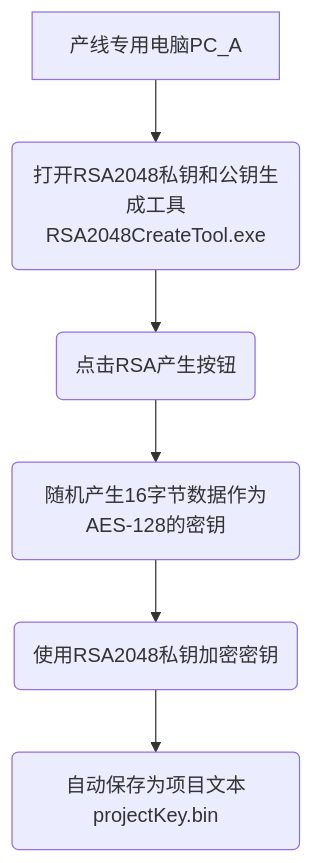
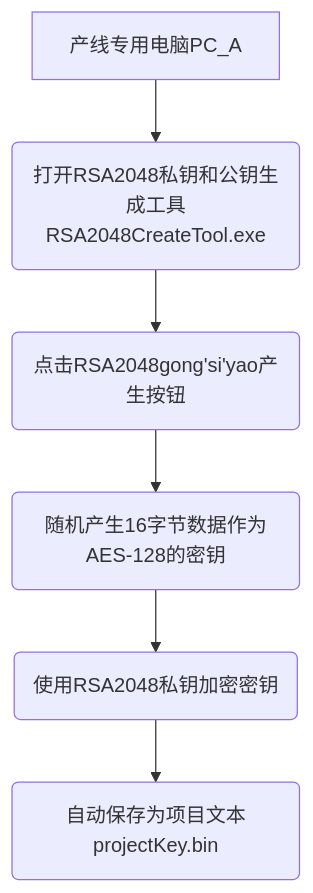
One commit to facebook-cloud/iodraw-files changed the diagram in all/未命名-10.md. Above: the diagram before and after it, drawn with Mermaid.

Commit message:
2026-01-06 20:25:34 update

````diff
--- a/all/未命名-10.md
+++ b/all/未命名-10.md
@@ -1,8 +1,8 @@
 ```mermaid
 graph TD
     A[产线专用电脑PC_A] --> B(打开RSA2048私钥和公钥生成工具RSA2048CreateTool.exe)
-    B --> C(点击RSA产生按钮)
+    B --> C(点击RSA2048gong'si'yao产生按钮)
     C --> D(随机产生16字节数据作为AES-128的密钥)
     D --> E(使用RSA2048私钥加密密钥)
     E --> F(自动保存为项目文本projectKey.bin)
 ```
````
